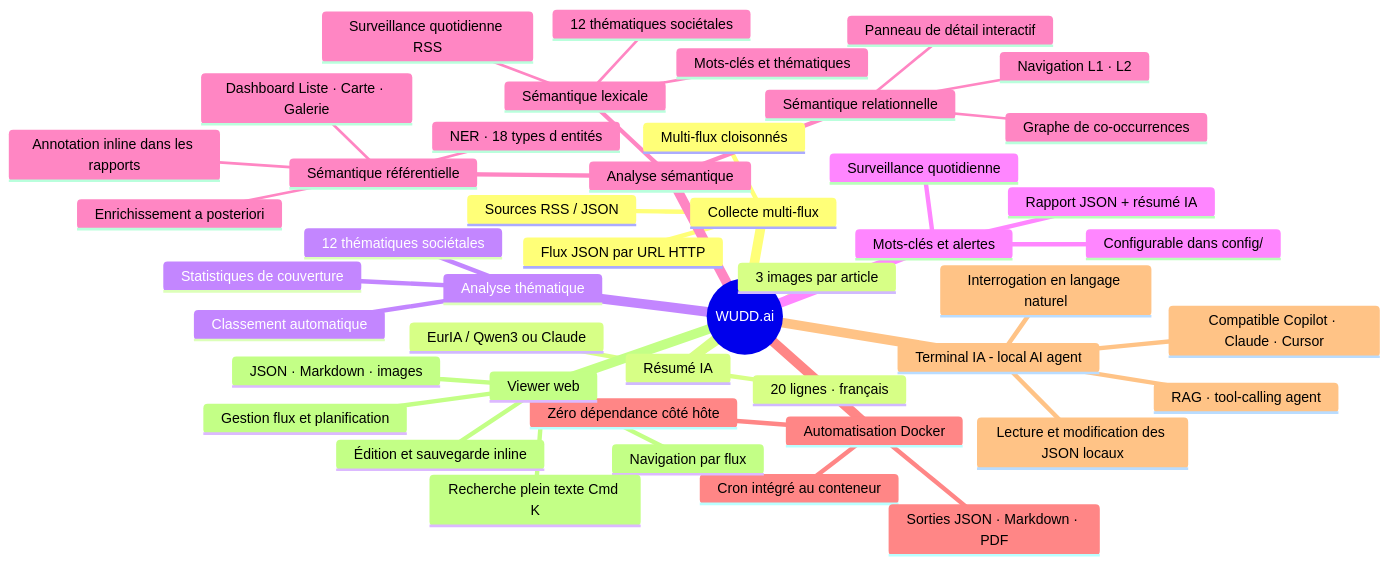
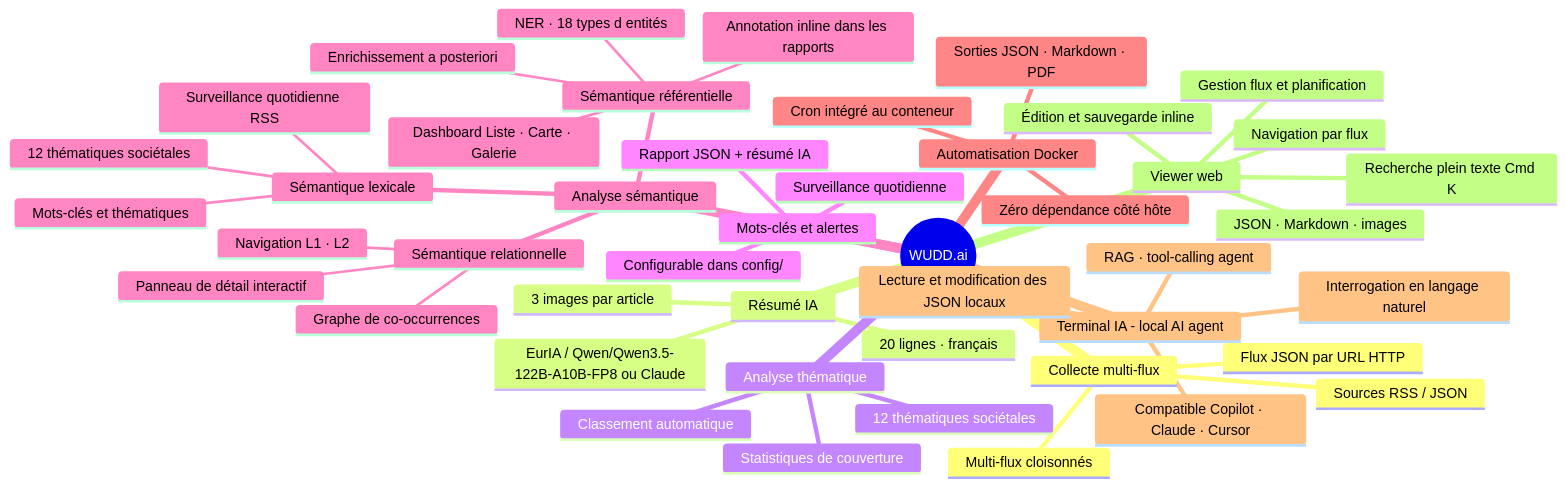
The diagram in README.md (pat-the-geek/WUDD.ai), drawn with Mermaid before and after one commit. The commit also changed other lines of this file and 27 other files, not shown here.

Commit message:
Switch EurIA to Qwen3.5-122B and harden reasoning fallback

````diff
--- a/README.md
+++ b/README.md
@@ -178,49 +178,49 @@
 ```mermaid
 mindmap
   root((WUDD.ai))
     Collecte multi-flux
       Sources RSS / JSON
       Flux JSON par URL HTTP
       Multi-flux cloisonnés
     Résumé IA
-      EurIA / Qwen3 ou Claude
+      EurIA / Qwen/Qwen3.5-122B-A10B-FP8 ou Claude
       20 lignes · français
       3 images par article
     Analyse thématique
       12 thématiques sociétales
       Statistiques de couverture
       Classement automatique
     Mots-clés et alertes
       Surveillance quotidienne
       Rapport JSON + résumé IA
       Configurable dans config/
     Analyse sémantique
       Sémantique lexicale
         Mots-clés et thématiques
         12 thématiques sociétales
         Surveillance quotidienne RSS
       Sémantique référentielle
         NER · 18 types d entités
         Enrichissement a posteriori
         Dashboard Liste · Carte · Galerie
         Annotation inline dans les rapports
       Sémantique relationnelle
         Graphe de co-occurrences
         Navigation L1 · L2
         Panneau de détail interactif
     Automatisation Docker
       Cron intégré au conteneur
       Sorties JSON · Markdown · PDF
       Zéro dépendance côté hôte
     Terminal IA - local AI agent
       Interrogation en langage naturel
       Lecture et modification des JSON locaux
       RAG · tool-calling agent
       Compatible Copilot · Claude · Cursor
     Viewer web
       Navigation par flux
       JSON · Markdown · images
       Recherche plein texte Cmd K
       Édition et sauvegarde inline
       Gestion flux et planification
 ```
````
